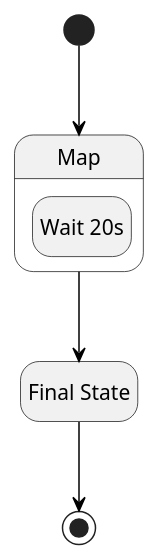
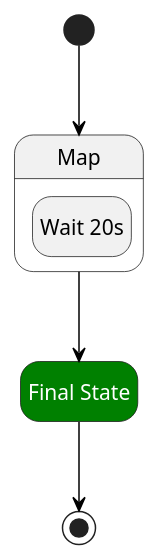
The diagram in src/__tests__/pumls/map.puml (massfords/asl-puml), drawn with PlantUML before and after one commit. The commit also changed 15 other files, not shown here.

```diff
--- a/src/__tests__/pumls/map.puml
+++ b/src/__tests__/pumls/map.puml
@@ -2,12 +2,19 @@
 @startuml
 hide empty description
 skinparam LineBackgroundColor #black
 skinparam ArrowColor #black
-state "Map" as state1 {
-state "Wait 20s" as state3
+skinparam state {
+    BackgroundColor<<aslFail>> #red
+    FontColor<<aslFail>> #white
+
+    BackgroundColor<<aslSucceed>> #green
+    FontColor<<aslSucceed>> #white
 }
-state "Final State" as state2
+state "Map" as state1<<aslMap>> {
+state "Wait 20s" as state3<<aslWait>>
+}
+state "Final State" as state2<<aslSucceed>>
 [*] --> state1
 state1 --> state2
 state2 --> [*]
 @enduml
```
